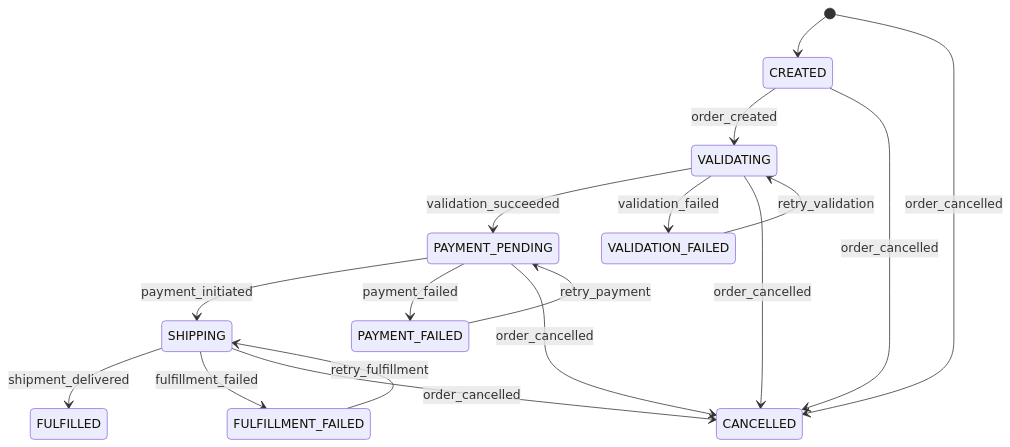
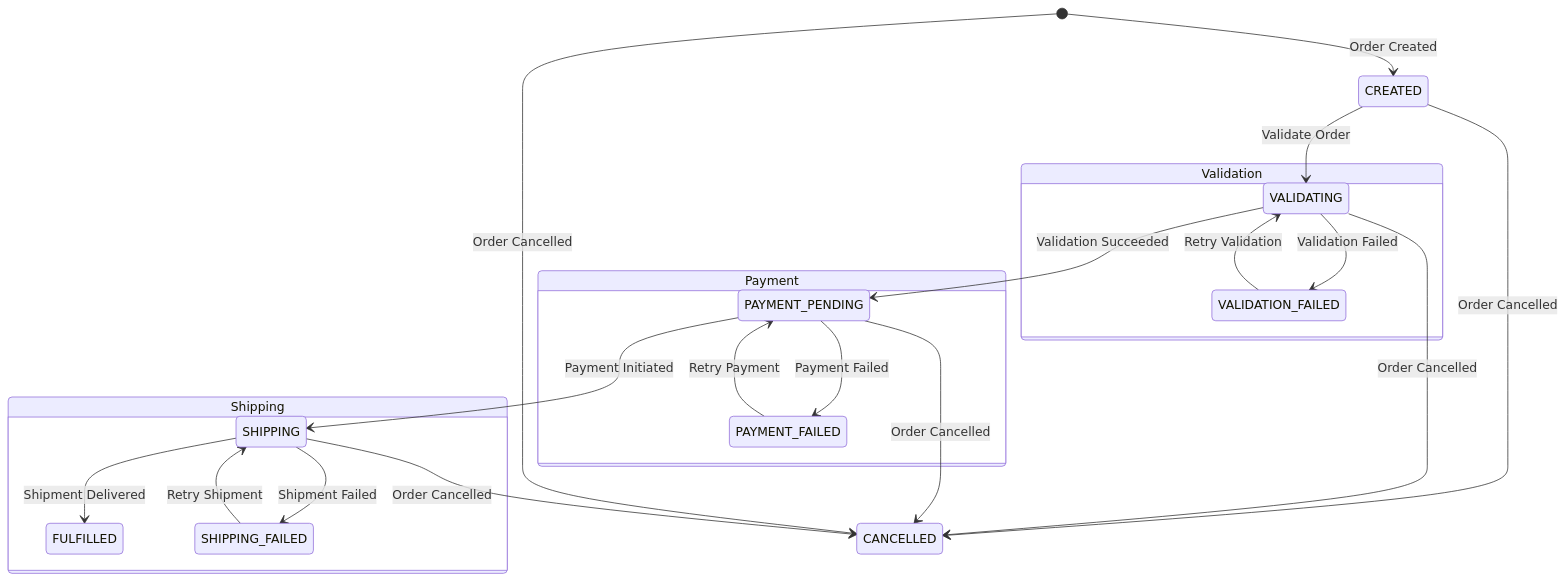
One commit to puitiza/ecommerce changed the diagram in docs/order-state-machine.md. Above: the diagram before and after it, drawn with Mermaid. The commit also changed other lines of this file and 1 other file, not shown here.

````diff
--- a/docs/order-state-machine.md
+++ b/docs/order-state-machine.md
@@ -18,19 +18,25 @@
 ```mermaid
 stateDiagram-v2
-    [*] --> CREATED
-    CREATED --> VALIDATING : order_created
-    VALIDATING --> PAYMENT_PENDING : validation_succeeded
-    VALIDATING --> VALIDATION_FAILED : validation_failed
-    VALIDATION_FAILED --> VALIDATING : retry_validation
-    PAYMENT_PENDING --> SHIPPING : payment_initiated
-    PAYMENT_PENDING --> PAYMENT_FAILED : payment_failed
-    PAYMENT_FAILED --> PAYMENT_PENDING : retry_payment
-    SHIPPING --> FULFILLED : shipment_delivered
-    SHIPPING --> FULFILLMENT_FAILED : fulfillment_failed
-    FULFILLMENT_FAILED --> SHIPPING : retry_fulfillment
-    CREATED --> CANCELLED : order_cancelled
-    VALIDATING --> CANCELLED : order_cancelled
-    PAYMENT_PENDING --> CANCELLED : order_cancelled
-    SHIPPING --> CANCELLED : order_cancelled
-    [*] --> CANCELLED : order_cancelled
+    [*] --> CREATED: Order Created
+    CREATED --> VALIDATING: Validate Order
+    state Validation {
+        VALIDATING --> PAYMENT_PENDING: Validation Succeeded
+        VALIDATING --> VALIDATION_FAILED: Validation Failed
+        VALIDATION_FAILED --> VALIDATING: Retry Validation
+    }
+    state Payment {
+        PAYMENT_PENDING --> SHIPPING: Payment Initiated
+        PAYMENT_PENDING --> PAYMENT_FAILED: Payment Failed
+        PAYMENT_FAILED --> PAYMENT_PENDING: Retry Payment
+    }
+    state Shipping {
+        SHIPPING --> FULFILLED: Shipment Delivered
+        SHIPPING --> SHIPPING_FAILED: Shipment Failed
+        SHIPPING_FAILED --> SHIPPING: Retry Shipment
+    }
+    CREATED --> CANCELLED: Order Cancelled
+    VALIDATING --> CANCELLED: Order Cancelled
+    PAYMENT_PENDING --> CANCELLED: Order Cancelled
+    SHIPPING --> CANCELLED: Order Cancelled
+    [*] --> CANCELLED: Order Cancelled
 ```
````
